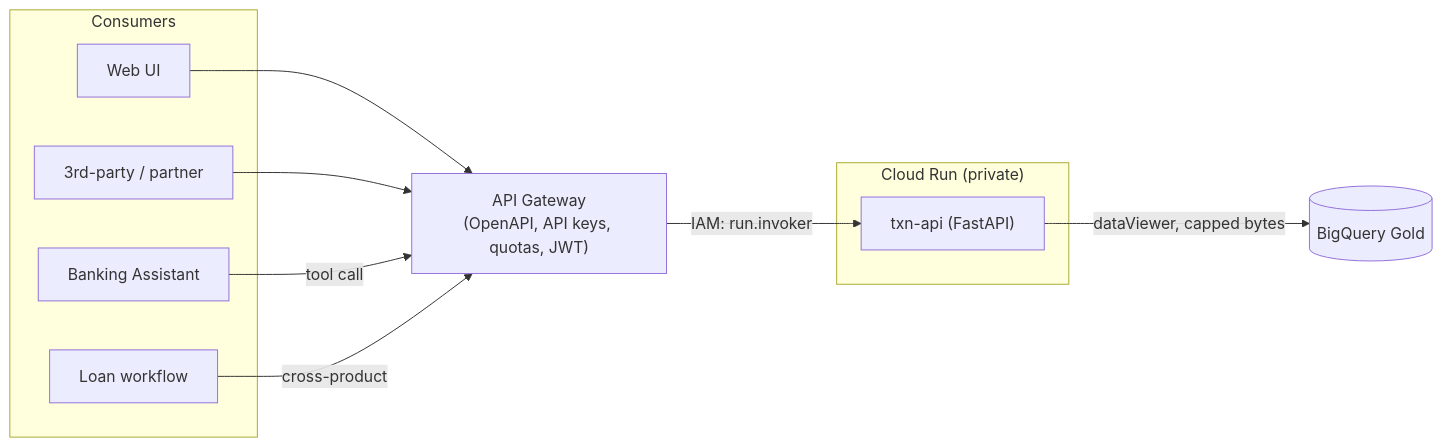
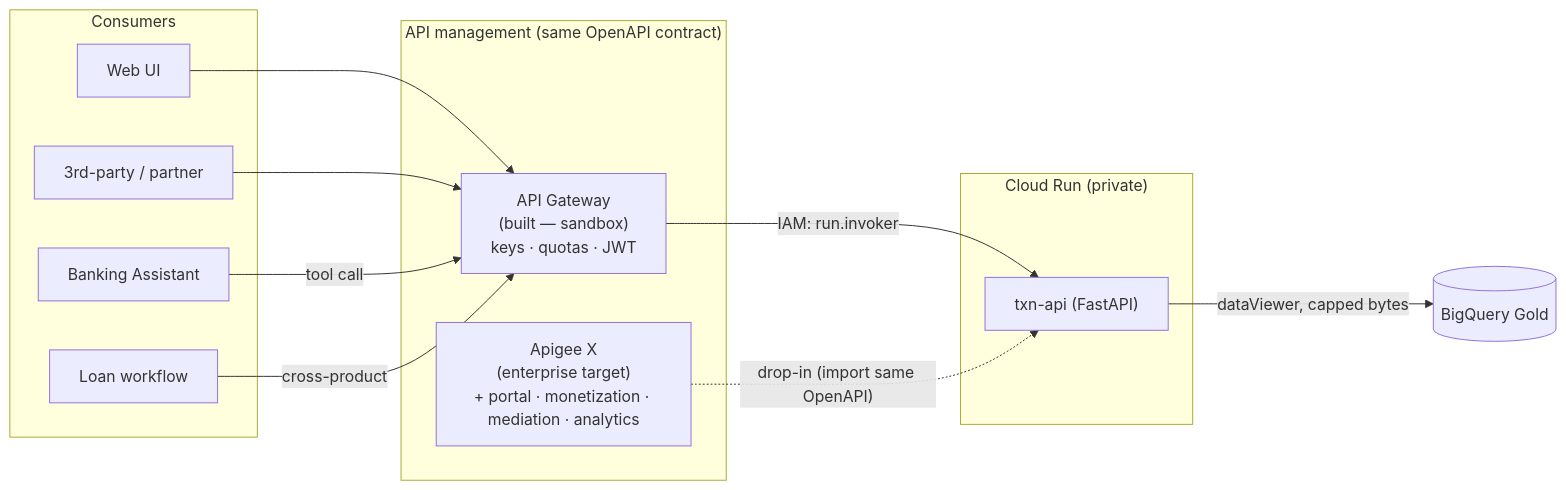
The diagram in docs/05-api-architecture.md (jeremydegardeyn/finchat), drawn with Mermaid before and after one commit. The commit also changed other lines of this file and 2 other files, not shown here.

Commit message:
Docs: surface Apigee + MCP server in design diagrams (enterprise targets)
Both were in ADRs/prose; make them visible in the architecture diagrams:
- 05 API: Apigee X shown as the enterprise API-mgmt target (dashed) alongside the
  built API Gateway (same OpenAPI contract).
- 04 agent: add get_loan_status tool + an MCP server node as the enterprise
  tool-transport layer (dashed, complementary to the Cloud Run runtime).
- 11 roadmap: add MCP-server item (Apigee already listed).
Neither is built; both are the documented enterprise target.

````diff
--- a/docs/05-api-architecture.md
+++ b/docs/05-api-architecture.md
@@ -9,21 +9,25 @@
 ```mermaid
 flowchart LR
     subgraph clients["Consumers"]
       UI[Web UI]
       AGENT[Banking Assistant]
       LOAN[Loan workflow]
       EXT[3rd-party / partner]
     end
-    GW["API Gateway<br/>(OpenAPI, API keys, quotas, JWT)"]
+    subgraph edge["API management (same OpenAPI contract)"]
+      GW["API Gateway<br/>(built — sandbox)<br/>keys · quotas · JWT"]
+      APIGEE["Apigee X<br/>(enterprise target)<br/>+ portal · monetization · mediation · analytics"]
+    end
     subgraph run["Cloud Run (private)"]
       TAPI["txn-api (FastAPI)"]
     end
     GLD[(BigQuery Gold)]
 
     UI --> GW
     EXT --> GW
     AGENT -->|tool call| GW
     LOAN -->|cross-product| GW
     GW -->|IAM: run.invoker| TAPI
+    APIGEE -. "drop-in (import same OpenAPI)" .-> TAPI
     TAPI -->|dataViewer, capped bytes| GLD
 ```
````
